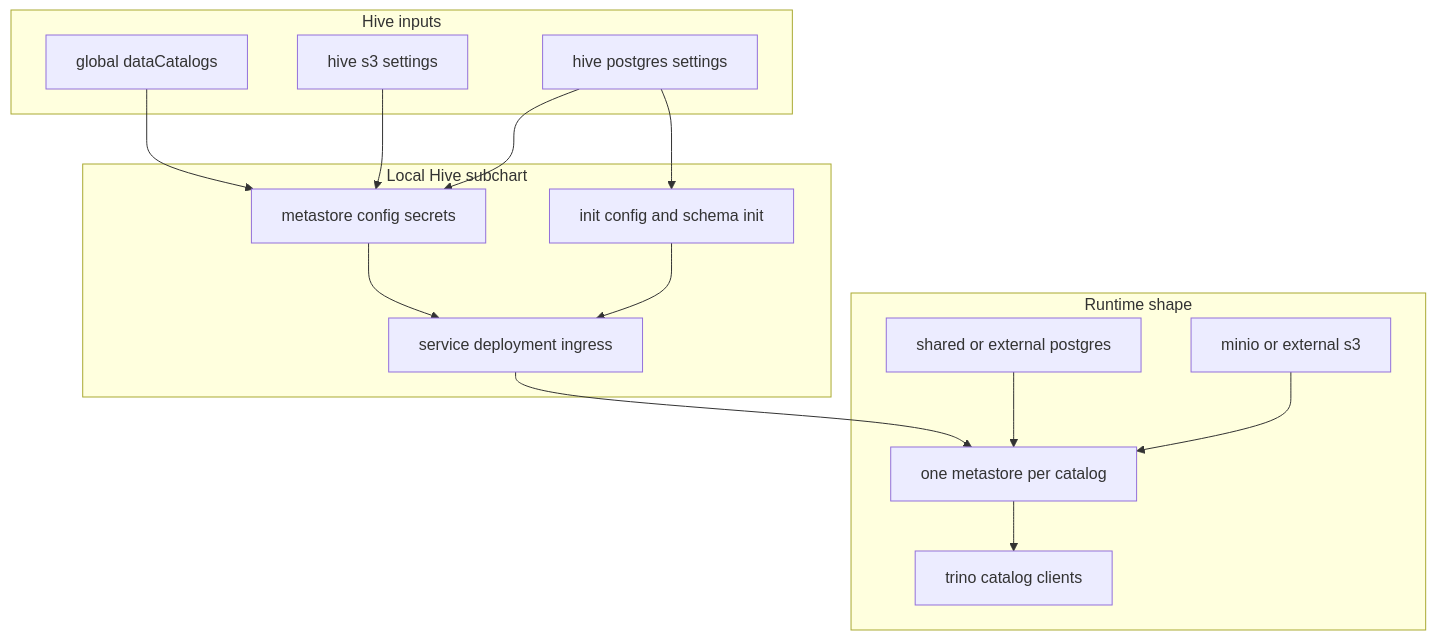
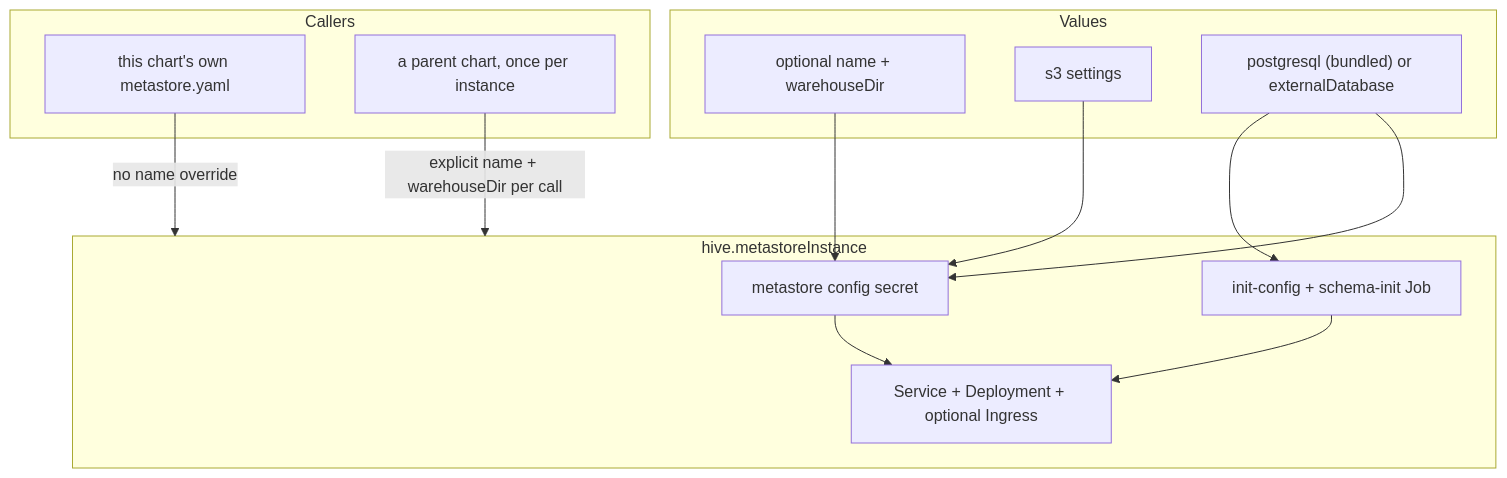
One commit to sanger-pathogens/dlh-in-a-box-umbrella-helm-chart changed the diagram in charts/dlh-in-a-box/charts/hive/README.md. Above: the diagram before and after it, drawn with Mermaid. The commit also changed other lines of this file and 35 other files, not shown here.

First line of the commit message:
Refactor Hive metastore (#57)

````diff
--- a/charts/dlh-in-a-box/charts/hive/README.md
+++ b/charts/dlh-in-a-box/charts/hive/README.md
@@ -30,32 +32,29 @@
 ```mermaid
 flowchart TD
-  subgraph Inputs["Hive inputs"]
-    Catalogs[global dataCatalogs]
-    Storage[hive s3 settings]
-    Database[hive postgres settings]
+  subgraph Inputs["Values"]
+    Name[optional name + warehouseDir]
+    Storage[s3 settings]
+    Database["postgresql (bundled) or externalDatabase"]
   end
 
-  subgraph Render["Local Hive subchart"]
-    Config[metastore config secrets]
-    Init[init config and schema init]
-    Runtime[service deployment ingress]
+  subgraph Macro["hive.metastoreInstance"]
+    Config[metastore config secret]
+    Init[init-config + schema-init Job]
+    Runtime[Service + Deployment + optional Ingress]
   end
 
-  subgraph Outcome["Runtime shape"]
-    Metastores[one metastore per catalog]
-    Postgres[shared or external postgres]
-    ObjectStore[minio or external s3]
-    Trino[trino catalog clients]
+  subgraph Callers
+    Own[this chart's own metastore.yaml]
+    Parent[a parent chart, once per instance]
   end
 
-  Catalogs --> Config
+  Own -->|no name override| Macro
+  Parent -->|explicit name + warehouseDir per call| Macro
+
+  Name --> Config
   Storage --> Config
   Database --> Config
   Database --> Init
   Config --> Runtime
   Init --> Runtime
-  Runtime --> Metastores
-  Postgres --> Metastores
-  ObjectStore --> Metastores
-  Metastores --> Trino
 ```
````
